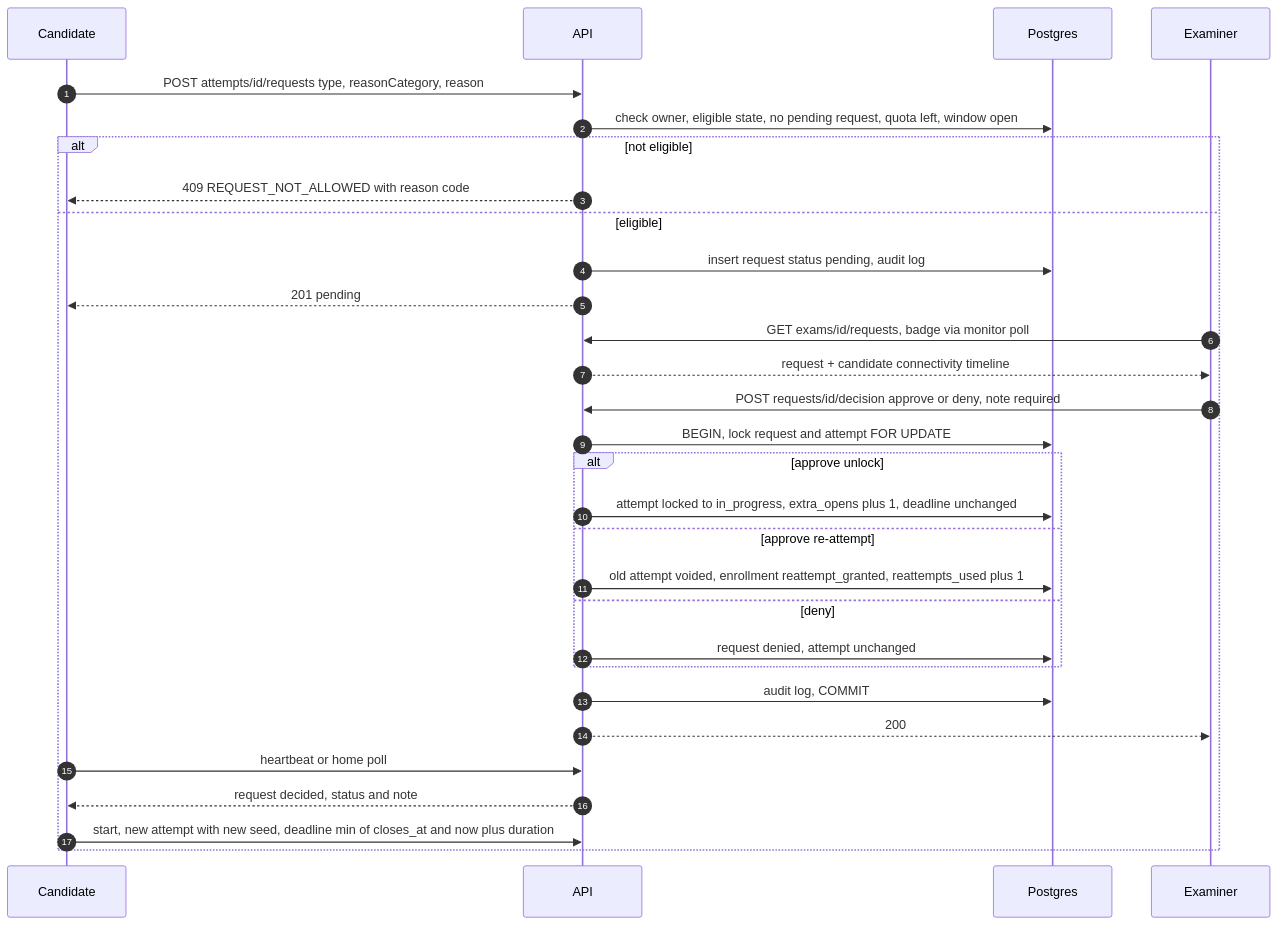
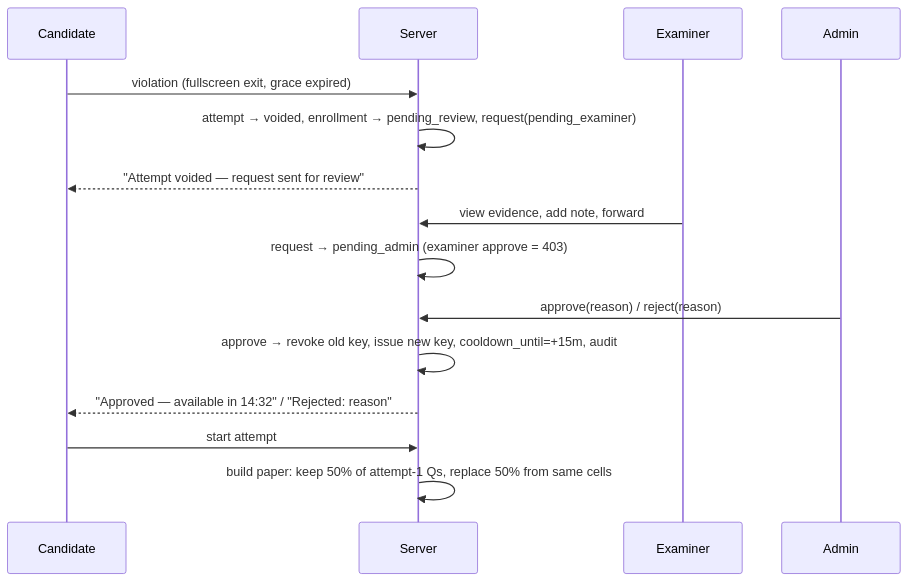
One commit to Muhammad-Faizan-DS/WEB-E-THON changed the seventh of 11 diagrams in PRD.md. Above: the diagram before and after it, drawn with Mermaid. The commit also changed other lines of this file and 31 other files, not shown here.

````diff
--- a/PRD.md
+++ b/PRD.md
@@ -379,32 +244,17 @@
 ```mermaid
 sequenceDiagram
-  autonumber
   participant C as Candidate
-  participant API as API
-  participant DB as Postgres
+  participant S as Server
   participant E as Examiner
-  C->>API: POST attempts/id/requests type, reasonCategory, reason
-  API->>DB: check owner, eligible state, no pending request, quota left, window open
-  alt not eligible
-    API-->>C: 409 REQUEST_NOT_ALLOWED with reason code
-  else eligible
-    API->>DB: insert request status pending, audit log
-    API-->>C: 201 pending
-    E->>API: GET exams/id/requests, badge via monitor poll
-    API-->>E: request + candidate connectivity timeline
-    E->>API: POST requests/id/decision approve or deny, note required
-    API->>DB: BEGIN, lock request and attempt FOR UPDATE
-    alt approve unlock
-      API->>DB: attempt locked to in_progress, extra_opens plus 1, deadline unchanged
-    else approve re-attempt
-      API->>DB: old attempt voided, enrollment reattempt_granted, reattempts_used plus 1
-    else deny
-      API->>DB: request denied, attempt unchanged
-    end
-    API->>DB: audit log, COMMIT
-    API-->>E: 200
-    C->>API: heartbeat or home poll
-    API-->>C: request decided, status and note
-    C->>API: start, new attempt with new seed, deadline min of closes_at and now plus duration
-  end
+  participant A as Admin
+  C->>S: violation (fullscreen exit, grace expired)
+  S->>S: attempt → voided, enrollment → pending_review, request(pending_examiner)
+  S-->>C: "Attempt voided — request sent for review"
+  E->>S: view evidence, add note, forward
+  S->>S: request → pending_admin (examiner approve = 403)
+  A->>S: approve(reason) / reject(reason)
+  S->>S: approve → revoke old key, issue new key, cooldown_until=+15m, audit
+  S-->>C: "Approved — available in 14:32" / "Rejected: reason"
+  C->>S: start attempt #2 after cooldown with new key
+  S->>S: build paper: keep 50% of attempt-1 Qs, replace 50% from same cells
 ```
````
